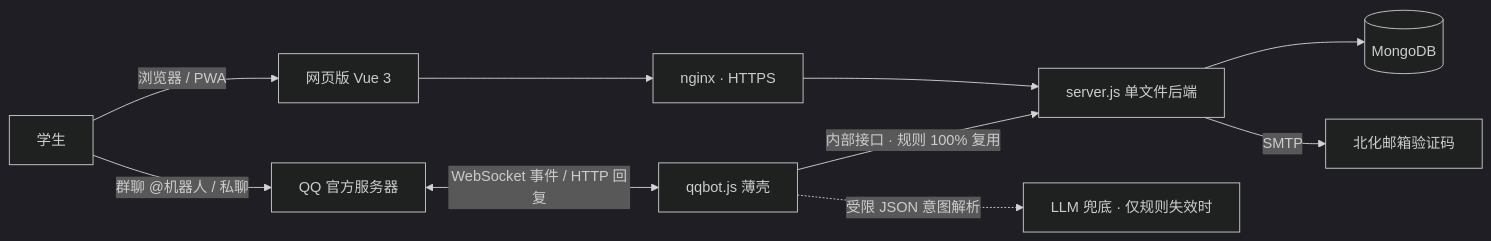
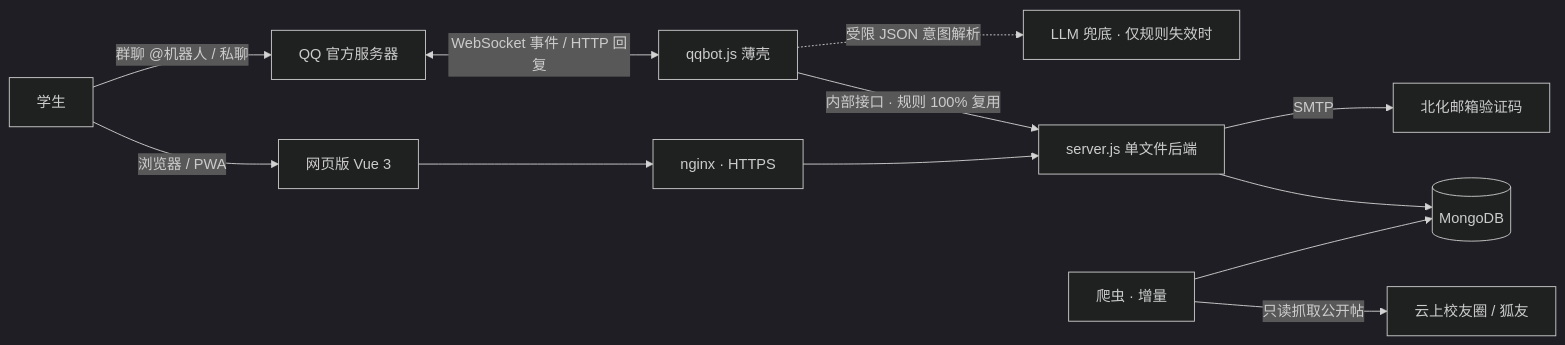
Before and after one commit to Prom1seCN/BHTXwebot: the diagram in README.md, drawn with Mermaid (dark theme). The commit also changed other lines of this file, not shown here.

````diff
--- a/README.md
+++ b/README.md
@@ -82,12 +95,14 @@
 ```mermaid
 flowchart LR
     U[学生] -->|浏览器 / PWA| W[网页版 Vue 3]
     U -->|群聊 @机器人 / 私聊| Q[QQ 官方服务器]
     Q <-- WebSocket 事件 / HTTP 回复 --> B[qqbot.js 薄壳]
     W --> N[nginx · HTTPS]
     N --> S[server.js 单文件后端]
     B -->|内部接口 · 规则 100% 复用| S
     S --> M[(MongoDB)]
     S -->|SMTP| E[北化邮箱验证码]
     B -.受限 JSON 意图解析.-> L[LLM 兜底 · 仅规则失效时]
+    C[爬虫 · 增量] -->|只读抓取公开帖| F[云上校友圈 / 狐友]
+    C --> M
 ```
````
